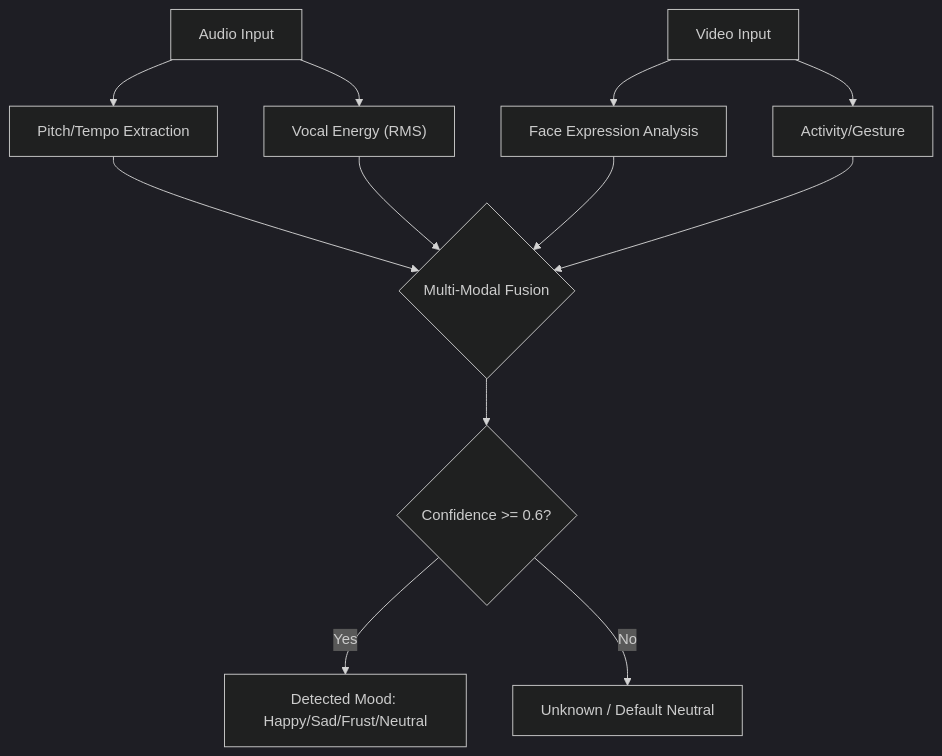
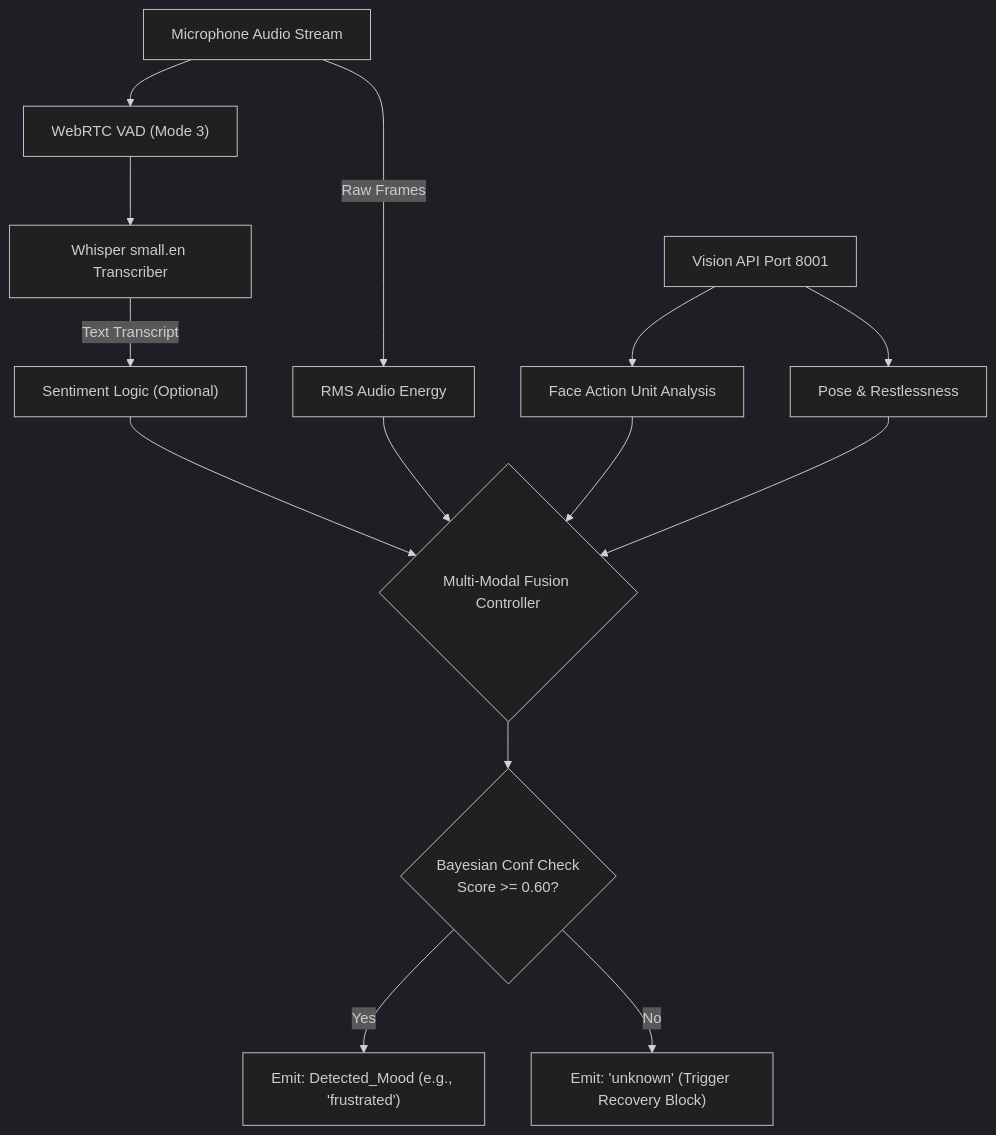
Before and after one commit to deepanmpc/LaRa: the seventh of 10 diagrams in ARCHITECTURE.md, drawn with Mermaid (dark theme). The commit also changed other lines of this file, not shown here.

Commit message:
docs: update architecture diagrams to reflect detailed data-flow, memory hierarchy, and system configuration

````diff
--- a/ARCHITECTURE.md
+++ b/ARCHITECTURE.md
@@ -130,17 +170,21 @@
 ```mermaid
 graph TD
-    A[Audio Input] --> Pitch["Pitch/Tempo Extraction"]
-    A --> Voc["Vocal Energy (RMS)"]
+    Mic["Microphone Audio Stream"] --> VAD["WebRTC VAD (Mode 3)"]
+    VAD --> Whisper["Whisper small.en Transcriber"]
     
-    V[Video Input] --> FA["Face Expression Analysis"]
-    V --> Act["Activity/Gesture"]
+    Whisper --> |"Text Transcript"| NLP["Sentiment Logic (Optional)"]
+    Mic --> |"Raw Frames"| RMS["RMS Audio Energy"]
     
-    Pitch --> Fuse{"Multi-Modal Fusion"}
-    Voc --> Fuse
-    FA --> Fuse
-    Act --> Fuse
+    Cam["Vision API Port 8001"] --> FACS["Face Action Unit Analysis"]
+    Cam --> Pose["Pose & Restlessness"]
     
-    Fuse --> Conf{"Confidence >= 0.6?"}
-    Conf --> |Yes| Mood["Detected Mood: Happy/Sad/Frust/Neutral"]
-    Conf --> |No| Un["Unknown / Default Neutral"]
+    NLP --> Fusion{"Multi-Modal Fusion Controller"}
+    RMS --> Fusion
+    FACS --> Fusion
+    Pose --> Fusion
+    
+    Fusion --> Bayesian{"Bayesian Conf Check
+    Score >= 0.60?"}
+    Bayesian --> |"Yes"| MoodEmit["Emit: Detected_Mood (e.g., 'frustrated')"]
+    Bayesian --> |"No"| Reg["Emit: 'unknown' (Trigger Recovery Block)"]
 ```
````
